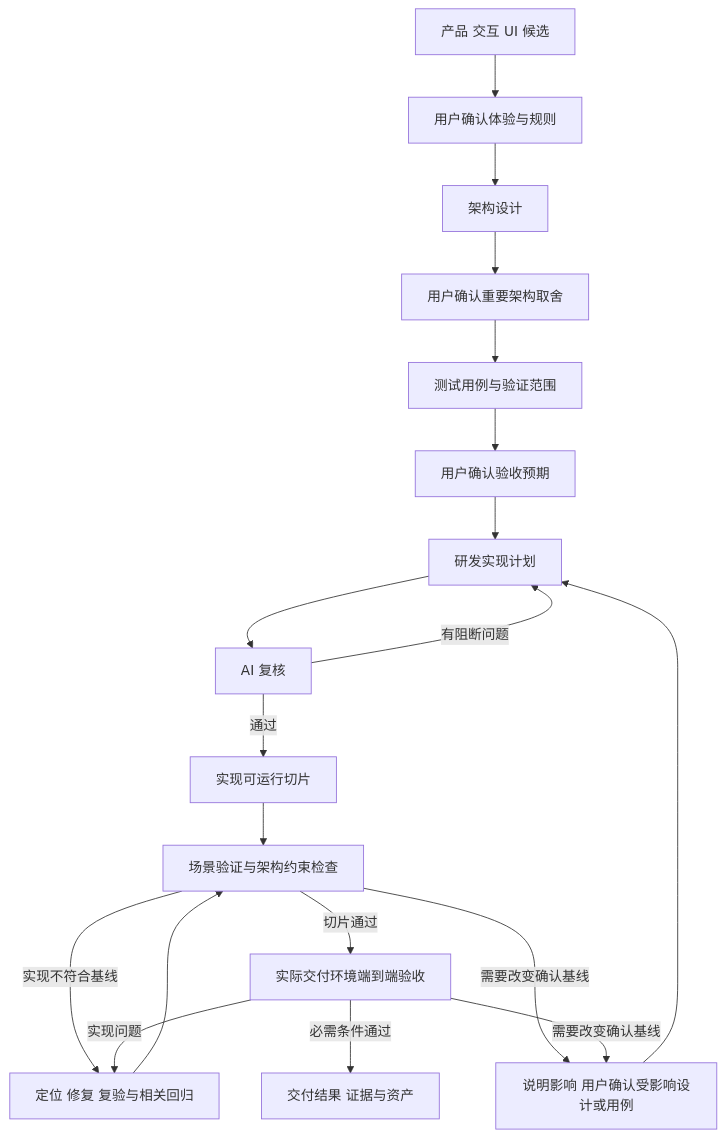
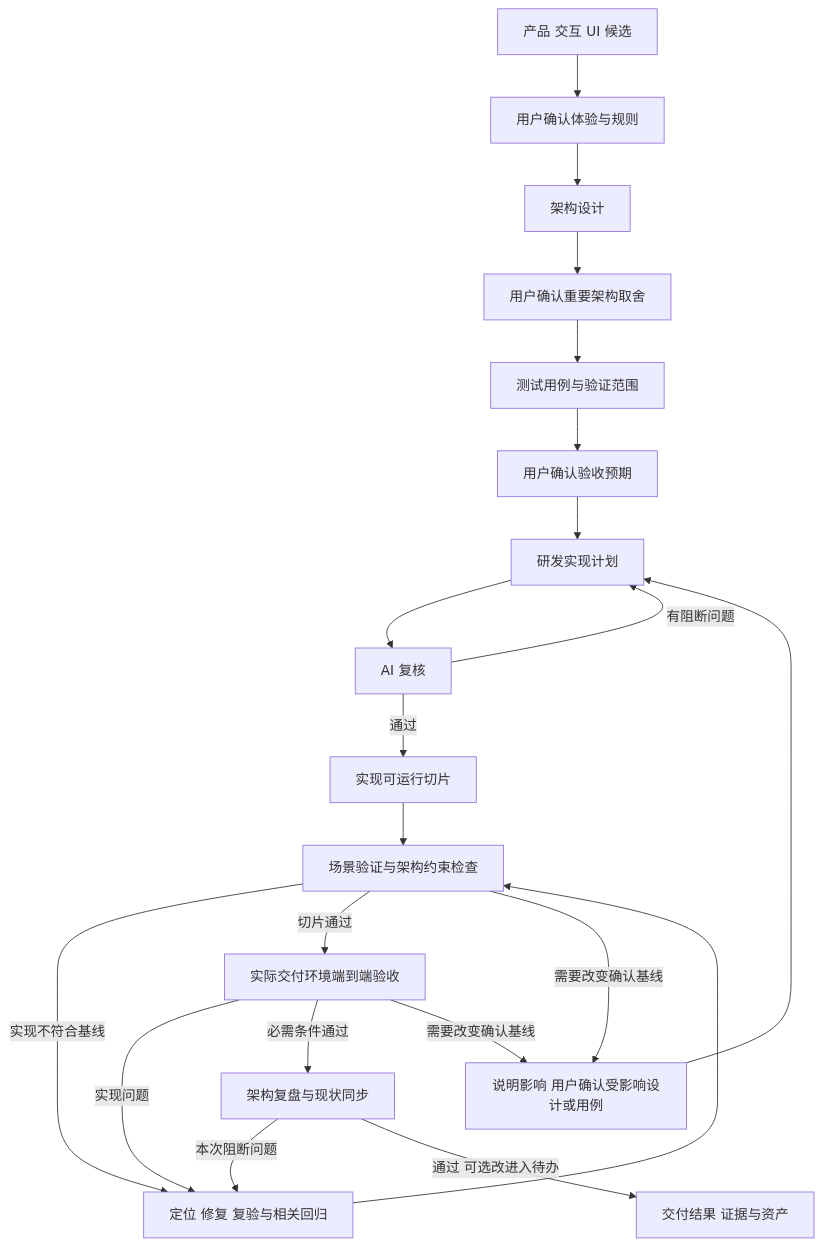
One commit to guoshencheng/dev-flow changed the diagram in skills/dev-flow/references/execution-contract.md. Above: the diagram before and after it, drawn with Mermaid. The commit also changed other lines of this file and 89 other files, not shown here.

````diff
--- a/skills/dev-flow/references/execution-contract.md
+++ b/skills/dev-flow/references/execution-contract.md
@@ -44,21 +44,23 @@
 ```mermaid
 flowchart TD
     A[产品 交互 UI 候选] --> B[用户确认体验与规则]
     B --> C[架构设计]
     C --> D[用户确认重要架构取舍]
     D --> E[测试用例与验证范围]
     E --> F[用户确认验收预期]
     F --> G[研发实现计划]
     G --> H[AI 复核]
     H -->|有阻断问题| G
     H -->|通过| I[实现可运行切片]
     I --> J[场景验证与架构约束检查]
     J -->|实现不符合基线| K[定位 修复 复验与相关回归]
     K --> J
     J -->|切片通过| L[实际交付环境端到端验收]
     L -->|实现问题| K
-    L -->|必需条件通过| M[交付结果 证据与资产]
+    L -->|必需条件通过| O[架构复盘与现状同步]
+    O -->|本次阻断问题| K
+    O -->|通过 可选改进入待办| M[交付结果 证据与资产]
     J -->|需要改变确认基线| N[说明影响 用户确认受影响设计或用例]
     L -->|需要改变确认基线| N
     N --> G
 ```
````
